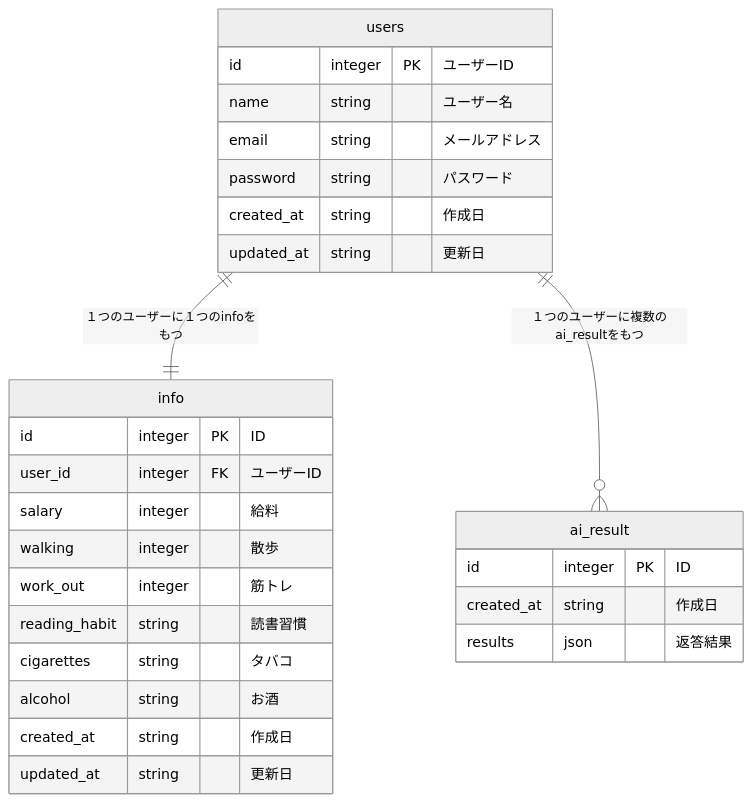
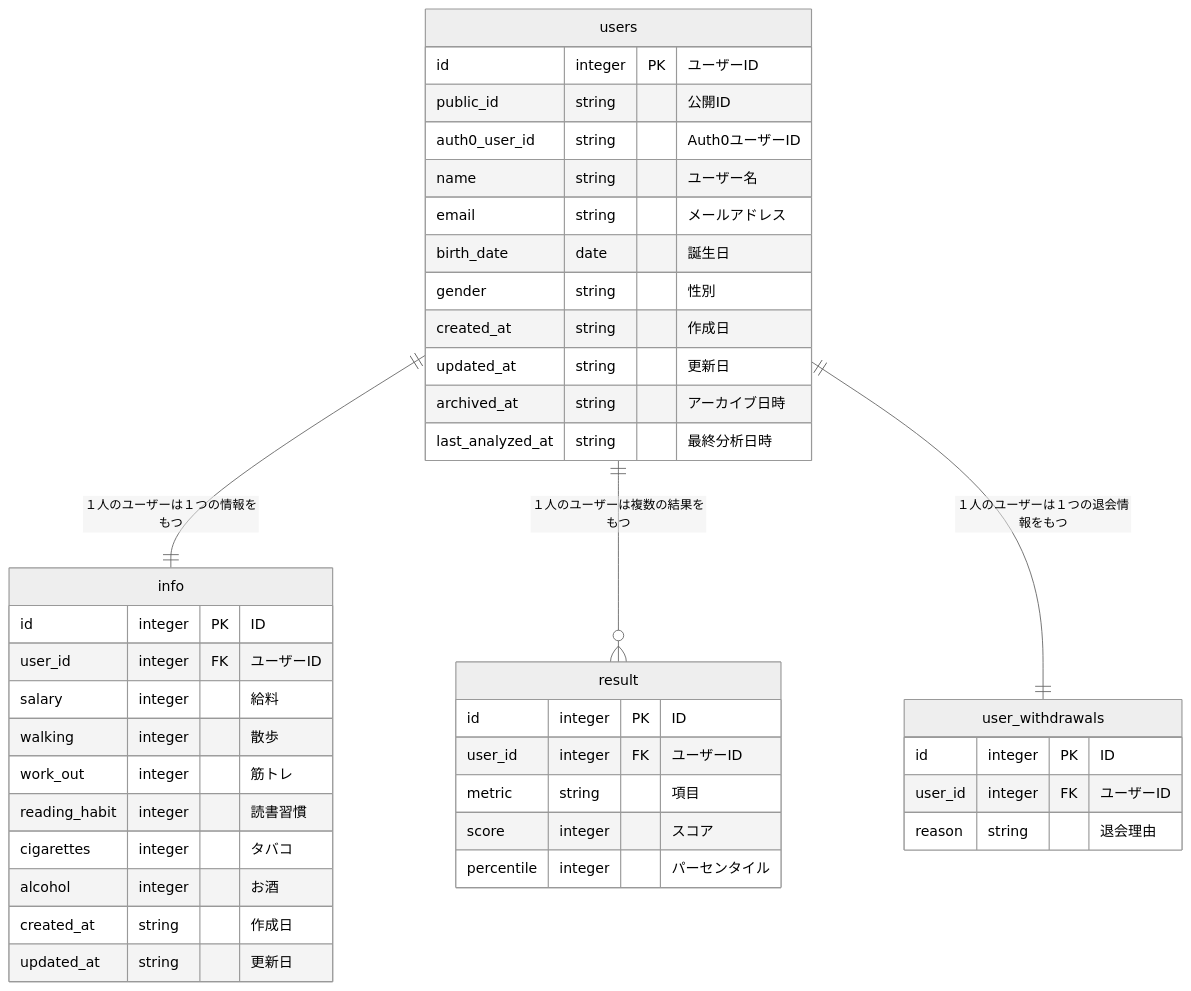
The diagram in README.md (taishi0514/social-app), drawn with Mermaid (neutral theme) before and after one commit. The commit also changed other lines of this file, not shown here.

````diff
--- a/README.md
+++ b/README.md
@@ -47,30 +34,43 @@
 ```mermaid
 erDiagram
-	users ||--|| info : "１つのユーザーに１つのinfoをもつ"
-	users ||--O{ ai_result : "１つのユーザーに複数のai_resultをもつ"
+	users ||--|| info : "１人のユーザーは１つの情報をもつ"
+	users ||--O{ result : "１人のユーザーは複数の結果をもつ"
+	users ||--|| user_withdrawals : "１人のユーザーは１つの退会情報をもつ"
 	users {
 		id integer PK "ユーザーID"
+		public_id string "公開ID"
+		auth0_user_id string "Auth0ユーザーID"
 		name string "ユーザー名"
 		email string "メールアドレス"
-		password string "パスワード"
+		birth_date date "誕生日"
+		gender string "性別"
 		created_at string "作成日"
 		updated_at string "更新日"
+		archived_at string "アーカイブ日時"
+		last_analyzed_at string "最終分析日時"
 	}
 	info {
 	  id integer PK "ID"
 	  user_id integer FK "ユーザーID"
 		salary integer "給料"
 		walking integer "散歩"
 		work_out integer "筋トレ"
-		reading_habit string "読書習慣"
-		cigarettes string "タバコ"
-		alcohol string "お酒"
+		reading_habit integer "読書習慣"
+		cigarettes integer "タバコ"
+		alcohol integer "お酒"
 		created_at string "作成日"
 		updated_at string "更新日"
 	}
-	ai_result {
+	result {
 		id integer PK "ID"
-		created_at string "作成日"
-		results json "返答結果"
+		user_id integer FK "ユーザーID"
+		metric string "項目"
+		score integer "スコア"
+		percentile integer "パーセンタイル"
+	}
+	user_withdrawals {
+		id integer PK "ID"
+		user_id integer FK "ユーザーID"
+		reason string "退会理由"
 	}
 ```
````
